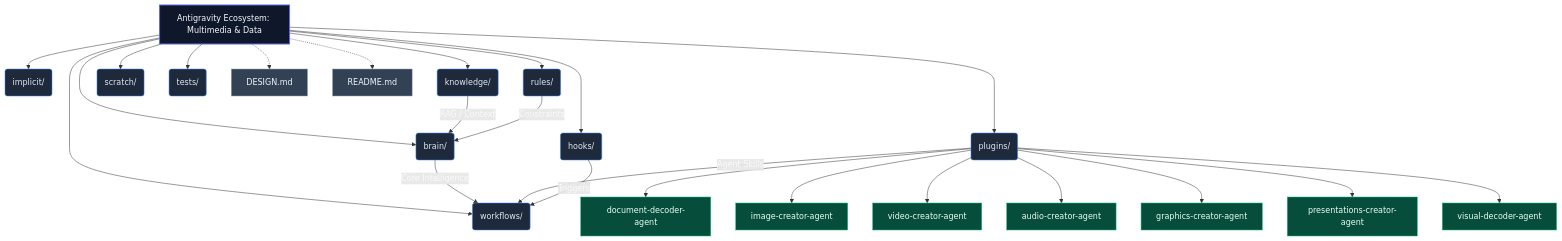
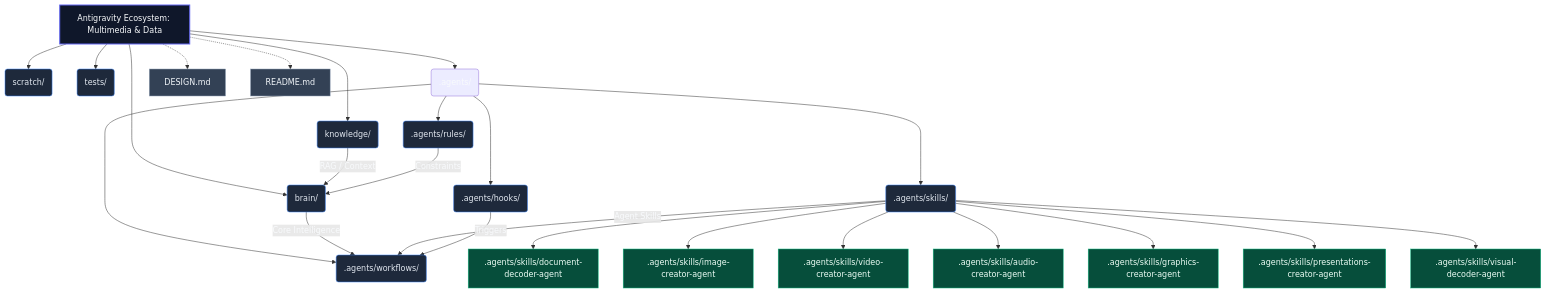
The diagram in agents-factory/multimedia-data-ecosystem/README.md (Nomackleo/agents-factory), drawn with Mermaid before and after one commit. The commit also changed other lines of this file and 99 other files, not shown here.

Commit message:
chore: implement Antigravity 2.0 B2B architecture, security layers, and ecosystem audits

````diff
--- a/agents-factory/multimedia-data-ecosystem/README.md
+++ b/agents-factory/multimedia-data-ecosystem/README.md
@@ -14,47 +14,49 @@
 ```mermaid
 graph TD
     %% Core Nodes
     A[Antigravity Ecosystem: Multimedia & Data]
     
     %% Folders
     A --> B(brain/)
-    A --> C(hooks/)
-    A --> D(implicit/)
     A --> E(knowledge/)
-    A --> F(plugins/)
-    A --> G(rules/)
     A --> H(scratch/)
     A --> I(tests/)
-    A --> J(workflows/)
+    
+    %% Encapsulated Logic
+    A --> AG(.agents/)
+    AG --> C(.agents/hooks/)
+    AG --> F(.agents/skills/)
+    AG --> G(.agents/rules/)
+    AG --> J(.agents/workflows/)
     
     %% Documents
     A -.-> K[DESIGN.md]
     A -.-> L[README.md]
 
     %% Dependencies
     B -->|Core Intelligence| J
     F -->|Agent Skills| J
     E -->|RAG / Context| B
     G -->|Constraints| B
     C -->|Triggers| J
     
-    %% Plugins breakdown
-    F --> F1[document-decoder-agent]
-    F --> F2[image-creator-agent]
-    F --> F3[video-creator-agent]
-    F --> F4[audio-creator-agent]
-    F --> F5[graphics-creator-agent]
-    F --> F6[presentations-creator-agent]
-    F --> F7[visual-decoder-agent]
+    %% Skills breakdown
+    F --> F1[.agents/skills/document-decoder-agent]
+    F --> F2[.agents/skills/image-creator-agent]
+    F --> F3[.agents/skills/video-creator-agent]
+    F --> F4[.agents/skills/audio-creator-agent]
+    F --> F5[.agents/skills/graphics-creator-agent]
+    F --> F6[.agents/skills/presentations-creator-agent]
+    F --> F7[.agents/skills/visual-decoder-agent]
 
     %% Styling
     classDef root fill:#0F172A,stroke:#6366F1,stroke-width:2px,color:#F8FAFC
     classDef folder fill:#1E293B,stroke:#3B82F6,stroke-width:1px,color:#E2E8F0
     classDef asset fill:#334155,stroke:#94A3B8,stroke-width:1px,color:#F1F5F9
     classDef plugin fill:#064E3B,stroke:#10B981,stroke-width:1px,color:#ECFDF5
     
     class A root
     class B,C,D,E,F,G,H,I,J folder
     class K,L asset
     class F1,F2,F3,F4,F5,F6,F7 plugin
 ```
````
